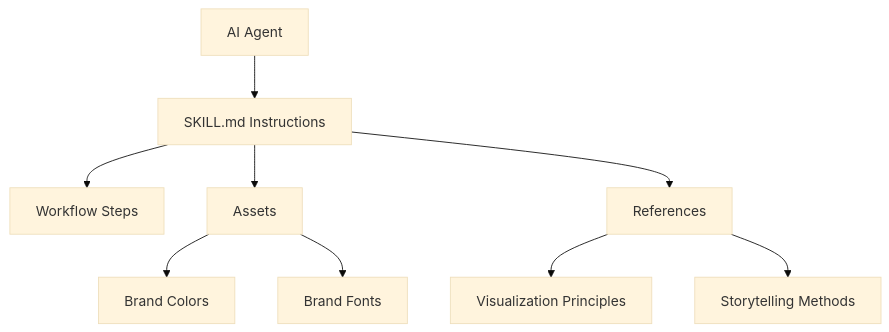
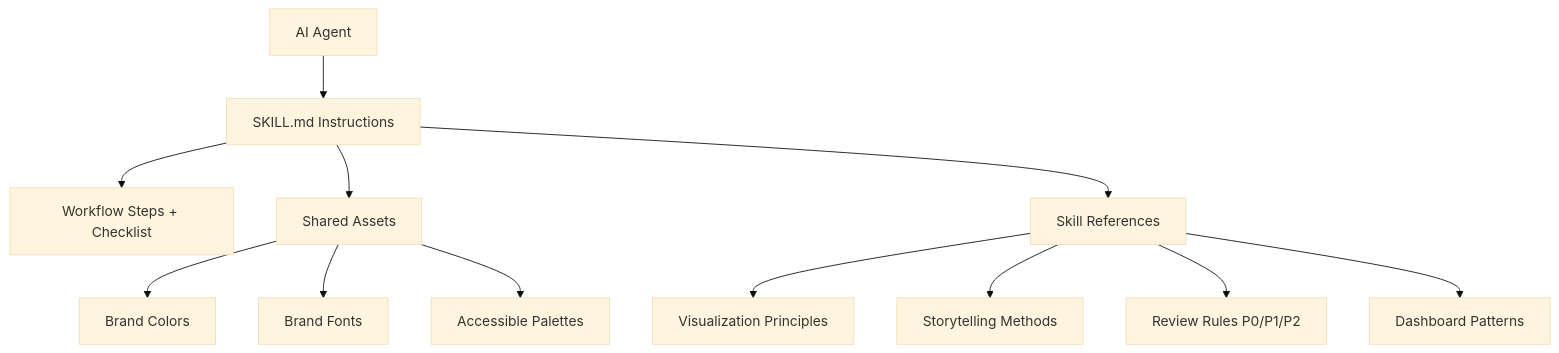
The second of 2 diagrams in README.md (oh-da/dataink), drawn with Mermaid (base theme) before and after one commit. The commit also changed other lines of this file and 23 other files, not shown here.

First line of the commit message:
v3.0.0: Add review and dashboard skills, accessibility, and best-practices alignment

````diff
--- a/README.md
+++ b/README.md
@@ -264,15 +334,18 @@
 ```mermaid
 flowchart TD
 
 A[AI Agent] --> B[SKILL.md Instructions]
 
-B --> C[Workflow Steps]
-B --> D[Assets]
-B --> E[References]
+B --> C[Workflow Steps + Checklist]
+B --> D[Shared Assets]
+B --> E[Skill References]
 
 D --> F[Brand Colors]
 D --> G[Brand Fonts]
+D --> H[Accessible Palettes]
 
-E --> H[Visualization Principles]
-E --> I[Storytelling Methods]
+E --> I[Visualization Principles]
+E --> J[Storytelling Methods]
+E --> K[Review Rules P0/P1/P2]
+E --> L[Dashboard Patterns]
 ```
````
